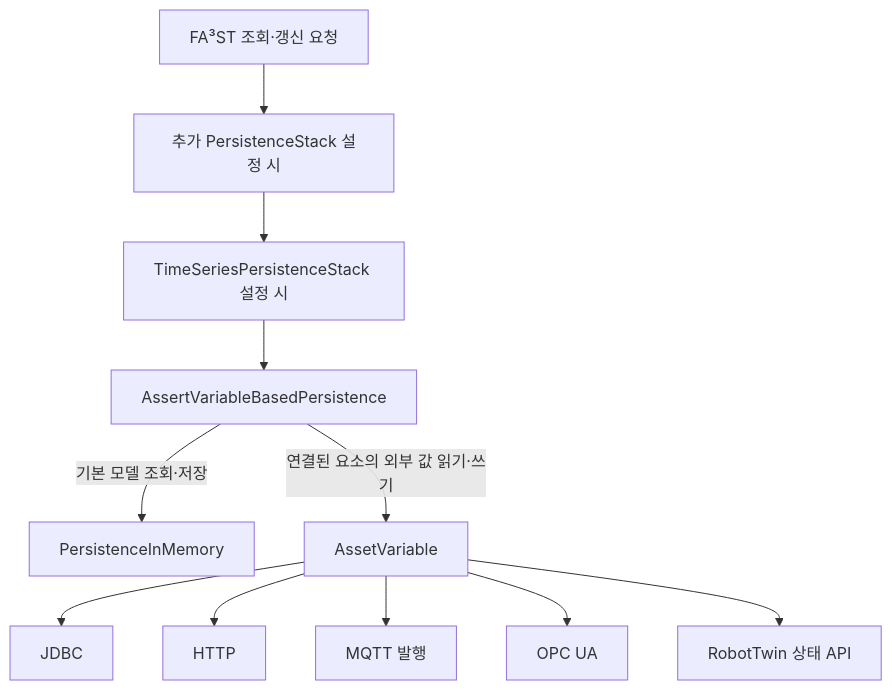
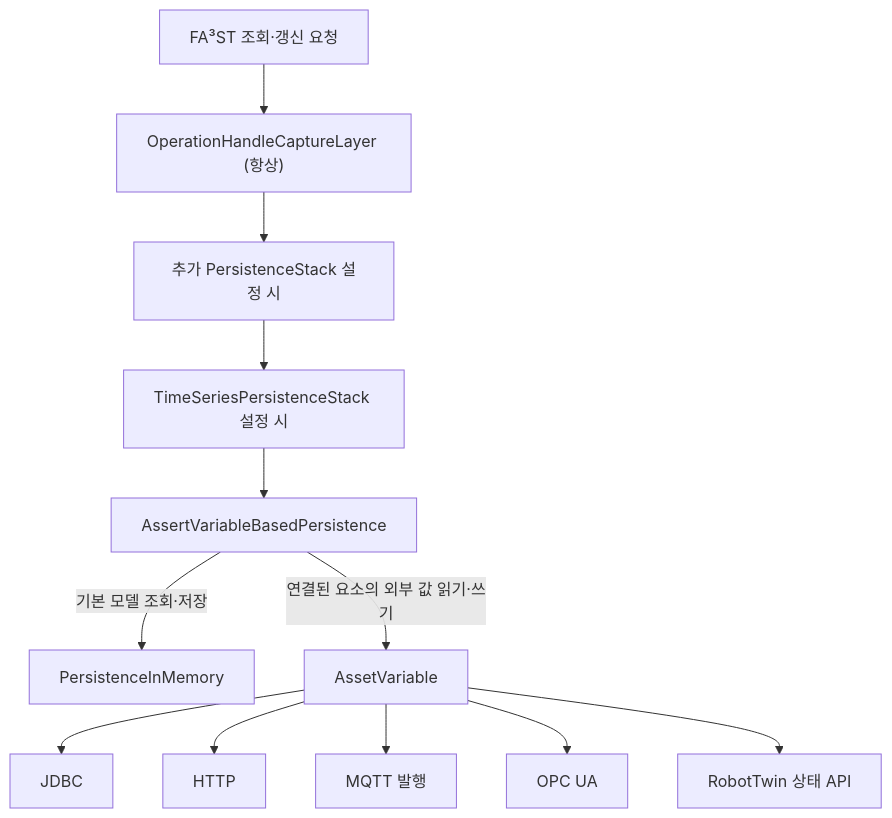
Before and after one commit to kwlee0220/mdt-instance: the first of 5 diagrams in src/main/java/mdt/persistence/asset/README.md, drawn with Mermaid. The commit also changed other lines of this file and 69 other files, not shown here.

````diff
--- a/src/main/java/mdt/persistence/asset/README.md
+++ b/src/main/java/mdt/persistence/asset/README.md
@@ -17,13 +17,14 @@
 ```mermaid
 flowchart TD
-    Request["FA³ST 조회·갱신 요청"] --> Outer["추가 PersistenceStack 설정 시"]
+    Request["FA³ST 조회·갱신 요청"] --> Capture["OperationHandleCaptureLayer (항상)"]
+    Capture --> Outer["추가 PersistenceStack 설정 시"]
     Outer --> TS["TimeSeriesPersistenceStack 설정 시"]
     TS --> Asset["AssertVariableBasedPersistence"]
     Asset -->|"기본 모델 조회·저장"| Base["PersistenceInMemory"]
     Asset -->|"연결된 요소의 외부 값 읽기·쓰기"| Variable["AssetVariable"]
     Variable --> JDBC["JDBC"]
     Variable --> HTTP["HTTP"]
     Variable --> MQTT["MQTT 발행"]
     Variable --> OPC["OPC UA"]
     Variable --> RT["RobotTwin 상태 API"]
 ```
````
